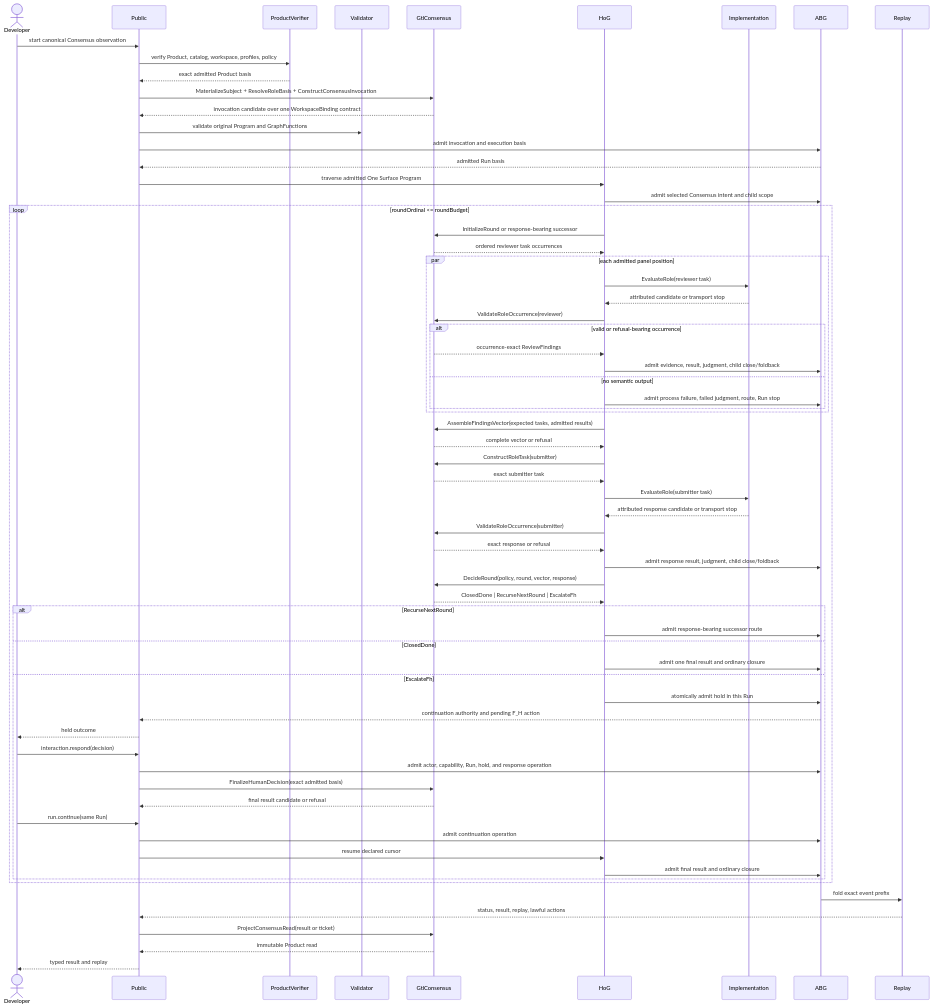
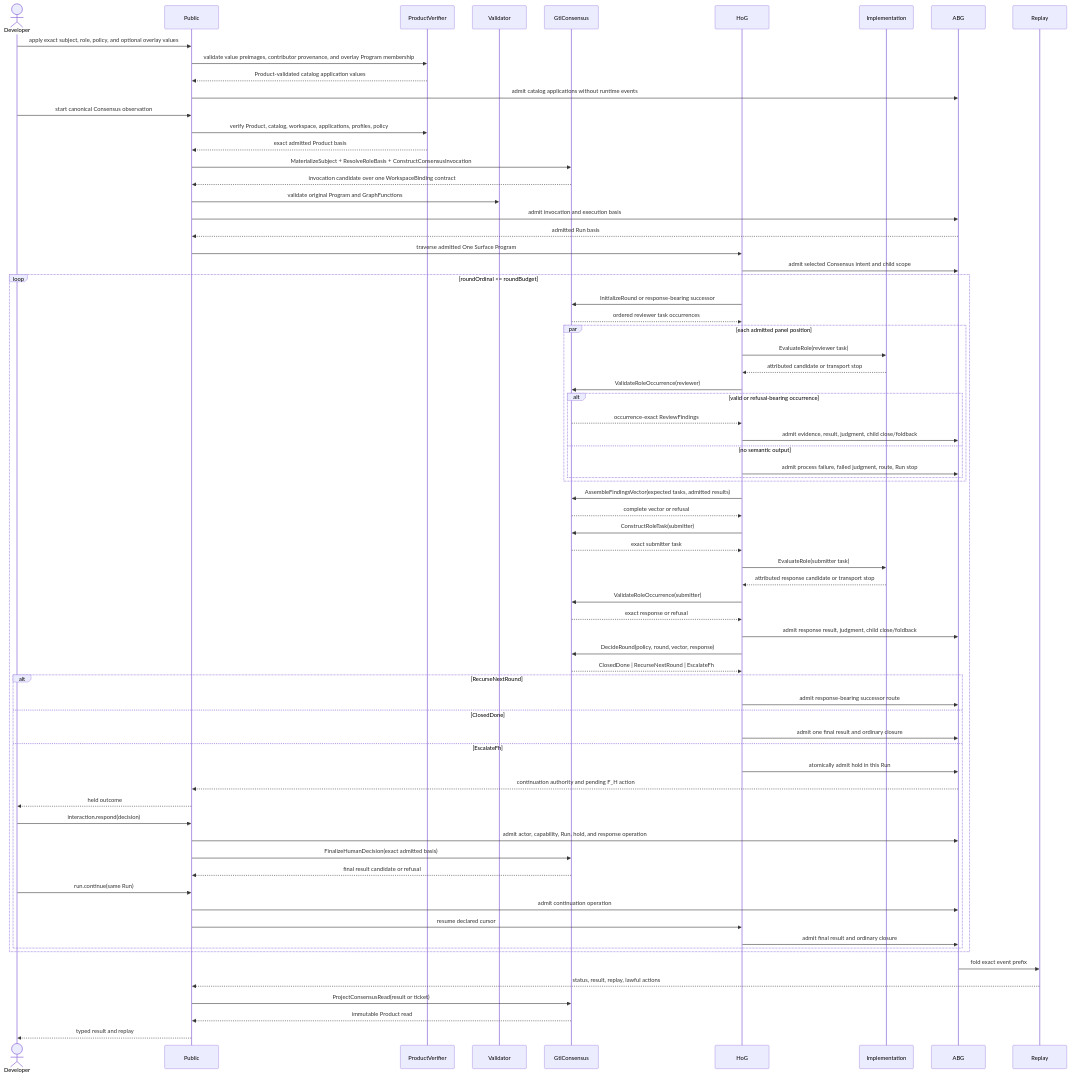
One commit to foolishimp/abiogenesis changed the second of 3 diagrams in build_tenants/abiogenesis/typescript/design/M05_S05_CONSENSUS_GLOBAL_TO_LOCAL_DESIGN.md. Above: the diagram before and after it, drawn with Mermaid. The commit also changed other lines of this file and 26 other files, not shown here.

Commit message:
fix(s05): bind catalog applications to concrete values

````diff
--- a/build_tenants/abiogenesis/typescript/design/M05_S05_CONSENSUS_GLOBAL_TO_LOCAL_DESIGN.md
+++ b/build_tenants/abiogenesis/typescript/design/M05_S05_CONSENSUS_GLOBAL_TO_LOCAL_DESIGN.md
@@ -597,73 +633,77 @@
 ```mermaid
 sequenceDiagram
   actor Developer
   participant Public
   participant ProductVerifier
   participant Validator
   participant GtlConsensus
   participant HoG
   participant Implementation
   participant ABG
   participant Replay
 
+  Developer->>Public: apply exact subject, role, policy, and optional overlay values
+  Public->>ProductVerifier: validate value preimages, contributor provenance, and overlay Program membership
+  ProductVerifier-->>Public: Product-validated catalog application values
+  Public->>ABG: admit catalog applications without runtime events
   Developer->>Public: start canonical Consensus observation
-  Public->>ProductVerifier: verify Product, catalog, workspace, profiles, policy
+  Public->>ProductVerifier: verify Product, catalog, workspace, applications, profiles, policy
   ProductVerifier-->>Public: exact admitted Product basis
   Public->>GtlConsensus: MaterializeSubject + ResolveRoleBasis + ConstructConsensusInvocation
   GtlConsensus-->>Public: invocation candidate over one WorkspaceBinding contract
   Public->>Validator: validate original Program and GraphFunctions
   Public->>ABG: admit invocation and execution basis
   ABG-->>Public: admitted Run basis
   Public->>HoG: traverse admitted One Surface Program
   HoG->>ABG: admit selected Consensus intent and child scope
 
   loop roundOrdinal <= roundBudget
     HoG->>GtlConsensus: InitializeRound or response-bearing successor
     GtlConsensus-->>HoG: ordered reviewer task occurrences
     par each admitted panel position
       HoG->>Implementation: EvaluateRole(reviewer task)
       Implementation-->>HoG: attributed candidate or transport stop
       HoG->>GtlConsensus: ValidateRoleOccurrence(reviewer)
       alt valid or refusal-bearing occurrence
         GtlConsensus-->>HoG: occurrence-exact ReviewFindings
         HoG->>ABG: admit evidence, result, judgment, child close/foldback
       else no semantic output
         HoG->>ABG: admit process failure, failed judgment, route, Run stop
       end
     end
     HoG->>GtlConsensus: AssembleFindingsVector(expected tasks, admitted results)
     GtlConsensus-->>HoG: complete vector or refusal
     HoG->>GtlConsensus: ConstructRoleTask(submitter)
     GtlConsensus-->>HoG: exact submitter task
     HoG->>Implementation: EvaluateRole(submitter task)
     Implementation-->>HoG: attributed response candidate or transport stop
     HoG->>GtlConsensus: ValidateRoleOccurrence(submitter)
     GtlConsensus-->>HoG: exact response or refusal
     HoG->>ABG: admit response result, judgment, child close/foldback
     HoG->>GtlConsensus: DecideRound(policy, round, vector, response)
     GtlConsensus-->>HoG: ClosedDone | RecurseNextRound | EscalateFh
     alt RecurseNextRound
       HoG->>ABG: admit response-bearing successor route
     else ClosedDone
       HoG->>ABG: admit one final result and ordinary closure
     else EscalateFh
       HoG->>ABG: atomically admit hold in this Run
       ABG-->>Public: continuation authority and pending F_H action
       Public-->>Developer: held outcome
       Developer->>Public: interaction.respond(decision)
       Public->>ABG: admit actor, capability, Run, hold, and response operation
       Public->>GtlConsensus: FinalizeHumanDecision(exact admitted basis)
       GtlConsensus-->>Public: final result candidate or refusal
       Developer->>Public: run.continue(same Run)
       Public->>ABG: admit continuation operation
       Public->>HoG: resume declared cursor
       HoG->>ABG: admit final result and ordinary closure
     end
   end
 
   ABG->>Replay: fold exact event prefix
   Replay-->>Public: status, result, replay, lawful actions
   Public->>GtlConsensus: ProjectConsensusRead(result or ticket)
   GtlConsensus-->>Public: immutable Product read
   Public-->>Developer: typed result and replay
 ```
````
